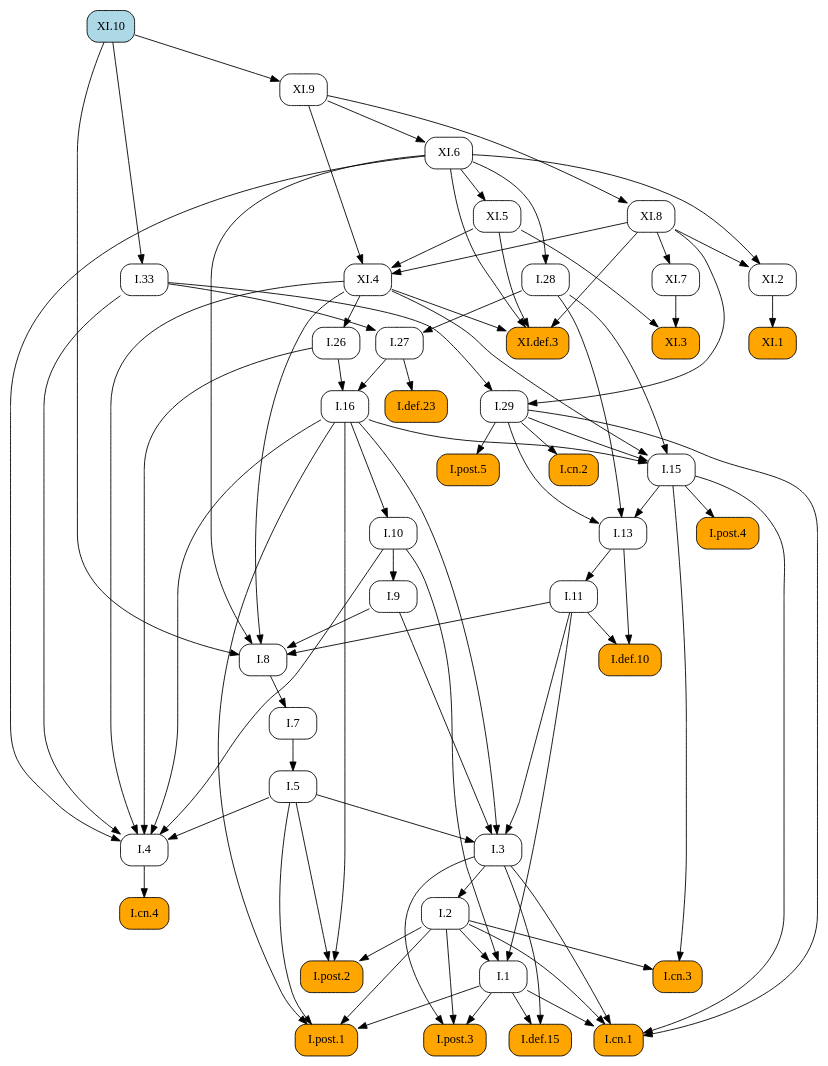
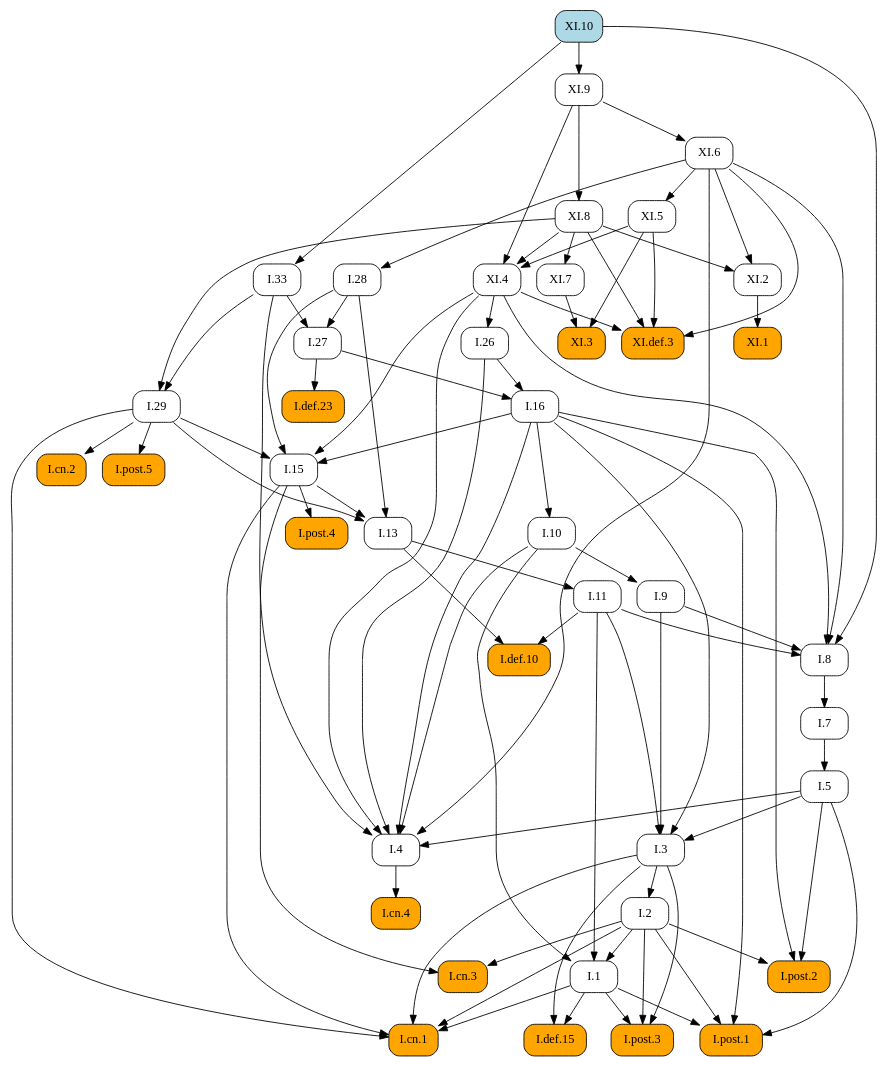
One commit to geometor/elements changed the diagram in docsrc/heath/XI/10/index.rst. Above: the diagram before and after it, drawn with Graphviz. The commit also changed other lines of this file and 484 other files, not shown here.

```diff
--- a/docsrc/heath/XI/10/index.rst
+++ b/docsrc/heath/XI/10/index.rst
@@ -43,95 +43,91 @@
    digraph {
      rankdir="TB";
      node [shape=box, style=rounded];
+     "I.9" [URL="/heath/I/9/", target="_top"];
+     "I.33" [URL="/heath/I/33/", target="_top"];
+     "XI.4" [URL="/heath/XI/4/", target="_top"];
+     "I.def.15" [style="rounded,filled", fillcolor=orange, URL="/heath/I/def.15/", target="_top"];
+     "XI.8" [URL="/heath/XI/8/", target="_top"];
+     "XI.6" [URL="/heath/XI/6/", target="_top"];
+     "I.post.3" [style="rounded,filled", fillcolor=orange, URL="/heath/I/post.3/", target="_top"];
+     "I.post.1" [style="rounded,filled", fillcolor=orange, URL="/heath/I/post.1/", target="_top"];
+     "XI.3" [style="rounded,filled", fillcolor=orange, URL="/heath/XI/3/", target="_top"];
      "I.def.10" [style="rounded,filled", fillcolor=orange, URL="/heath/I/def.10/", target="_top"];
      "XI.def.3" [style="rounded,filled", fillcolor=orange, URL="/heath/XI/def.3/", target="_top"];
+     "XI.10" [style="rounded,filled", fillcolor=lightblue, URL="/heath/XI/10/", target="_top"];
+     "I.27" [URL="/heath/I/27/", target="_top"];
+     "XI.2" [URL="/heath/XI/2/", target="_top"];
+     "XI.7" [URL="/heath/XI/7/", target="_top"];
+     "I.3" [URL="/heath/I/3/", target="_top"];
+     "I.cn.1" [style="rounded,filled", fillcolor=orange, URL="/heath/I/cn.1/", target="_top"];
+     "I.7" [URL="/heath/I/7/", target="_top"];
+     "I.2" [URL="/heath/I/2/", target="_top"];
+     "I.13" [URL="/heath/I/13/", target="_top"];
+     "I.post.4" [style="rounded,filled", fillcolor=orange, URL="/heath/I/post.4/", target="_top"];
+     "I.4" [URL="/heath/I/4/", target="_top"];
+     "I.1" [URL="/heath/I/1/", target="_top"];
+     "I.5" [URL="/heath/I/5/", target="_top"];
+     "I.8" [URL="/heath/I/8/", target="_top"];
+     "I.29" [URL="/heath/I/29/", target="_top"];
+     "I.cn.3" [style="rounded,filled", fillcolor=orange, URL="/heath/I/cn.3/", target="_top"];
+     "XI.5" [URL="/heath/XI/5/", target="_top"];
+     "I.16" [URL="/heath/I/16/", target="_top"];
+     "I.15" [URL="/heath/I/15/", target="_top"];
+     "I.10" [URL="/heath/I/10/", target="_top"];
      "I.11" [URL="/heath/I/11/", target="_top"];
+     "I.def.23" [style="rounded,filled", fillcolor=orange, URL="/heath/I/def.23/", target="_top"];
+     "XI.9" [URL="/heath/XI/9/", target="_top"];
+     "I.cn.2" [style="rounded,filled", fillcolor=orange, URL="/heath/I/cn.2/", target="_top"];
+     "I.post.5" [style="rounded,filled", fillcolor=orange, URL="/heath/I/post.5/", target="_top"];
      "I.28" [URL="/heath/I/28/", target="_top"];
-     "I.post.4" [style="rounded,filled", fillcolor=orange, URL="/heath/I/post.4/", target="_top"];
-     "I.1" [URL="/heath/I/1/", target="_top"];
+     "I.cn.4" [style="rounded,filled", fillcolor=orange, URL="/heath/I/cn.4/", target="_top"];
+     "XI.1" [style="rounded,filled", fillcolor=orange, URL="/heath/XI/1/", target="_top"];
+     "I.post.2" [style="rounded,filled", fillcolor=orange, URL="/heath/I/post.2/", target="_top"];
      "I.26" [URL="/heath/I/26/", target="_top"];
-     "XI.7" [URL="/heath/XI/7/", target="_top"];
-     "I.29" [URL="/heath/I/29/", target="_top"];
-     "I.cn.2" [style="rounded,filled", fillcolor=orange, URL="/heath/I/cn.2/", target="_top"];
-     "XI.9" [URL="/heath/XI/9/", target="_top"];
-     "XI.8" [URL="/heath/XI/8/", target="_top"];
-     "I.def.15" [style="rounded,filled", fillcolor=orange, URL="/heath/I/def.15/", target="_top"];
-     "XI.10" [style="rounded,filled", fillcolor=lightblue, URL="/heath/XI/10/", target="_top"];
-     "I.post.3" [style="rounded,filled", fillcolor=orange, URL="/heath/I/post.3/", target="_top"];
-     "XI.5" [URL="/heath/XI/5/", target="_top"];
-     "XI.1" [style="rounded,filled", fillcolor=orange, URL="/heath/XI/1/", target="_top"];
-     "I.cn.1" [style="rounded,filled", fillcolor=orange, URL="/heath/I/cn.1/", target="_top"];
-     "I.cn.3" [style="rounded,filled", fillcolor=orange, URL="/heath/I/cn.3/", target="_top"];
-     "XI.2" [URL="/heath/XI/2/", target="_top"];
-     "I.post.1" [style="rounded,filled", fillcolor=orange, URL="/heath/I/post.1/", target="_top"];
-     "XI.6" [URL="/heath/XI/6/", target="_top"];
-     "I.27" [URL="/heath/I/27/", target="_top"];
-     "I.7" [URL="/heath/I/7/", target="_top"];
-     "I.3" [URL="/heath/I/3/", target="_top"];
-     "I.2" [URL="/heath/I/2/", target="_top"];
-     "I.4" [URL="/heath/I/4/", target="_top"];
-     "I.def.23" [style="rounded,filled", fillcolor=orange, URL="/heath/I/def.23/", target="_top"];
-     "I.13" [URL="/heath/I/13/", target="_top"];
-     "I.33" [URL="/heath/I/33/", target="_top"];
-     "I.post.2" [style="rounded,filled", fillcolor=orange, URL="/heath/I/post.2/", target="_top"];
-     "I.16" [URL="/heath/I/16/", target="_top"];
-     "I.9" [URL="/heath/I/9/", target="_top"];
-     "I.8" [URL="/heath/I/8/", target="_top"];
-     "I.cn.4" [style="rounded,filled", fillcolor=orange, URL="/heath/I/cn.4/", target="_top"];
-     "I.15" [URL="/heath/I/15/", target="_top"];
-     "XI.4" [URL="/heath/XI/4/", target="_top"];
-     "I.post.5" [style="rounded,filled", fillcolor=orange, URL="/heath/I/post.5/", target="_top"];
-     "I.10" [URL="/heath/I/10/", target="_top"];
-     "I.5" [URL="/heath/I/5/", target="_top"];
-     "XI.3" [style="rounded,filled", fillcolor=orange, URL="/heath/XI/3/", target="_top"];
+     "I.10" -> "I.9";
+     "XI.10" -> "I.33";
+     "XI.5" -> "XI.4";
+     "XI.8" -> "XI.4";
+     "XI.9" -> "XI.4";
+     "I.1" -> "I.def.15";
+     "I.3" -> "I.def.15";
+     "XI.9" -> "XI.8";
+     "XI.9" -> "XI.6";
+     "I.1" -> "I.post.3";
+     "I.2" -> "I.post.3";
+     "I.3" -> "I.post.3";
+     "I.1" -> "I.post.1";
+     "I.2" -> "I.post.1";
+     "I.5" -> "I.post.1";
+     "I.16" -> "I.post.1";
+     "XI.5" -> "XI.3";
+     "XI.7" -> "XI.3";
      "I.11" -> "I.def.10";
      "I.13" -> "I.def.10";
      "XI.4" -> "XI.def.3";
      "XI.5" -> "XI.def.3";
      "XI.6" -> "XI.def.3";
      "XI.8" -> "XI.def.3";
-     "I.13" -> "I.11";
-     "XI.6" -> "I.28";
-     "I.15" -> "I.post.4";
-     "I.2" -> "I.1";
-     "I.10" -> "I.1";
-     "I.11" -> "I.1";
-     "XI.4" -> "I.26";
+     "I.28" -> "I.27";
+     "I.33" -> "I.27";
+     "XI.6" -> "XI.2";
+     "XI.8" -> "XI.2";
      "XI.8" -> "XI.7";
-     "I.33" -> "I.29";
-     "XI.8" -> "I.29";
-     "I.29" -> "I.cn.2";
-     "XI.10" -> "XI.9";
-     "XI.9" -> "XI.8";
-     "I.1" -> "I.def.15";
-     "I.3" -> "I.def.15";
-     "I.1" -> "I.post.3";
-     "I.2" -> "I.post.3";
-     "I.3" -> "I.post.3";
-     "XI.6" -> "XI.5";
-     "XI.2" -> "XI.1";
+     "I.5" -> "I.3";
+     "I.9" -> "I.3";
+     "I.11" -> "I.3";
+     "I.16" -> "I.3";
      "I.1" -> "I.cn.1";
      "I.2" -> "I.cn.1";
      "I.3" -> "I.cn.1";
      "I.15" -> "I.cn.1";
      "I.29" -> "I.cn.1";
-     "I.2" -> "I.cn.3";
-     "I.15" -> "I.cn.3";
-     "XI.6" -> "XI.2";
-     "XI.8" -> "XI.2";
-     "I.1" -> "I.post.1";
-     "I.2" -> "I.post.1";
-     "I.5" -> "I.post.1";
-     "I.16" -> "I.post.1";
-     "XI.9" -> "XI.6";
-     "I.28" -> "I.27";
-     "I.33" -> "I.27";
      "I.8" -> "I.7";
-     "I.5" -> "I.3";
-     "I.9" -> "I.3";
-     "I.11" -> "I.3";
-     "I.16" -> "I.3";
      "I.3" -> "I.2";
+     "I.15" -> "I.13";
+     "I.28" -> "I.13";
+     "I.29" -> "I.13";
+     "I.15" -> "I.post.4";
      "I.5" -> "I.4";
      "I.10" -> "I.4";
      "I.16" -> "I.4";
@@ -139,33 +135,37 @@
      "I.33" -> "I.4";
      "XI.4" -> "I.4";
      "XI.6" -> "I.4";
-     "I.27" -> "I.def.23";
-     "I.15" -> "I.13";
-     "I.28" -> "I.13";
-     "I.29" -> "I.13";
-     "XI.10" -> "I.33";
-     "I.2" -> "I.post.2";
-     "I.5" -> "I.post.2";
-     "I.16" -> "I.post.2";
-     "I.26" -> "I.16";
-     "I.27" -> "I.16";
-     "I.10" -> "I.9";
+     "I.2" -> "I.1";
+     "I.10" -> "I.1";
+     "I.11" -> "I.1";
+     "I.7" -> "I.5";
      "I.9" -> "I.8";
      "I.11" -> "I.8";
      "XI.4" -> "I.8";
      "XI.6" -> "I.8";
      "XI.10" -> "I.8";
-     "I.4" -> "I.cn.4";
+     "I.33" -> "I.29";
+     "XI.8" -> "I.29";
+     "I.2" -> "I.cn.3";
+     "I.15" -> "I.cn.3";
+     "XI.6" -> "XI.5";
+     "I.26" -> "I.16";
+     "I.27" -> "I.16";
      "I.16" -> "I.15";
      "I.28" -> "I.15";
      "I.29" -> "I.15";
      "XI.4" -> "I.15";
-     "XI.5" -> "XI.4";
-     "XI.8" -> "XI.4";
-     "XI.9" -> "XI.4";
+     "I.16" -> "I.10";
+     "I.13" -> "I.11";
+     "I.27" -> "I.def.23";
+     "XI.10" -> "XI.9";
+     "I.29" -> "I.cn.2";
      "I.29" -> "I.post.5";
-     "I.16" -> "I.10";
-     "I.7" -> "I.5";
-     "XI.5" -> "XI.3";
-     "XI.7" -> "XI.3";
+     "XI.6" -> "I.28";
+     "I.4" -> "I.cn.4";
+     "XI.2" -> "XI.1";
+     "I.2" -> "I.post.2";
+     "I.5" -> "I.post.2";
+     "I.16" -> "I.post.2";
+     "XI.4" -> "I.26";
    }
```
